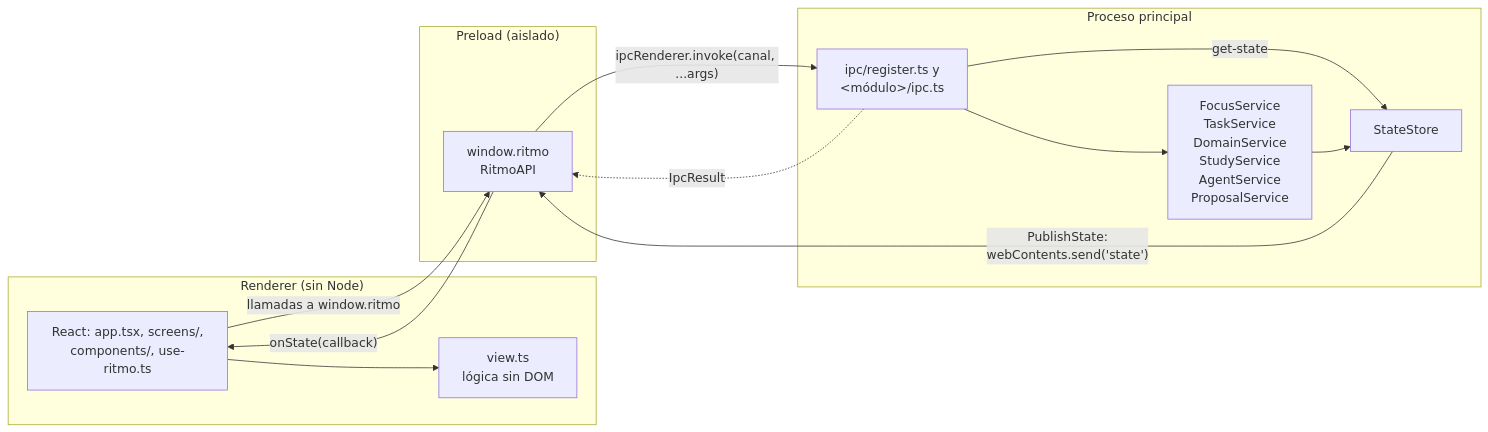
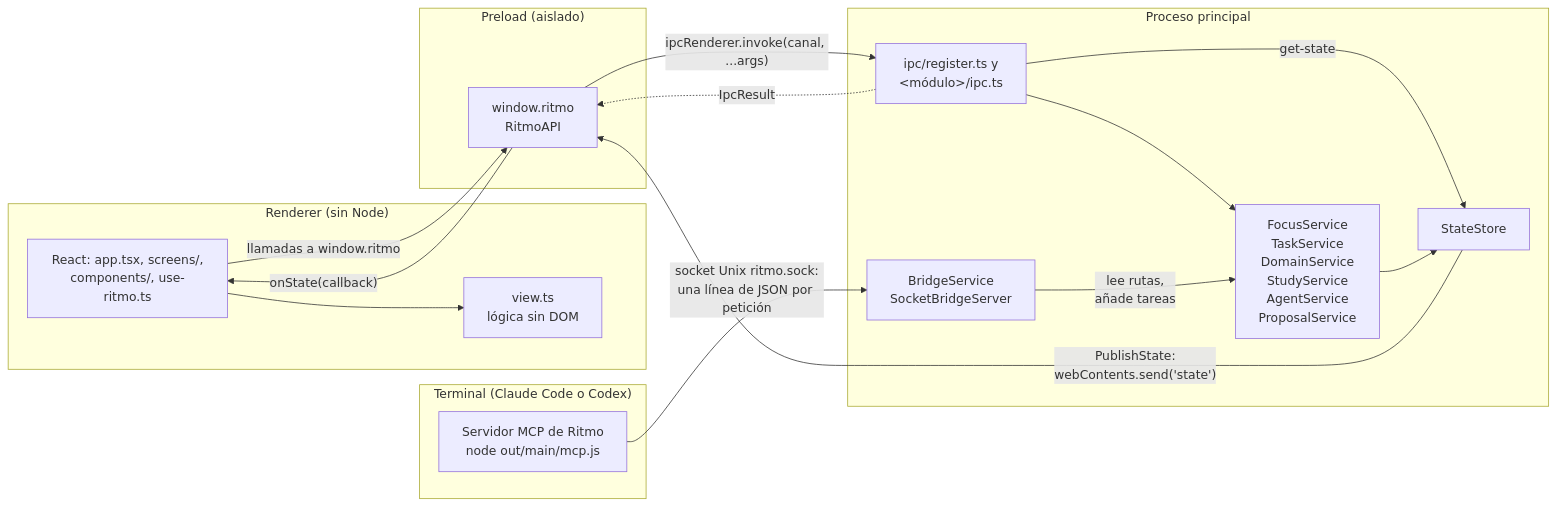
One commit to DevJuan95/ritmo changed the first of 13 diagrams in docs/arquitectura.md. Above: the diagram before and after it, drawn with Mermaid. The commit also changed other lines of this file and 36 other files, not shown here.

First line of the commit message:
Expone las rutas de estudio a Claude Code y Codex por MCP

````diff
--- a/docs/arquitectura.md
+++ b/docs/arquitectura.md
@@ -11,27 +11,34 @@
 ```mermaid
 flowchart LR
   subgraph renderer["Renderer (sin Node)"]
     ui["React: app.tsx, screens/,<br/>components/, use-ritmo.ts"]
     view["view.ts<br/>lógica sin DOM"]
     ui --> view
   end
 
   subgraph preload["Preload (aislado)"]
     api["window.ritmo<br/>RitmoAPI"]
   end
 
   subgraph main["Proceso principal"]
     ipc["ipc/register.ts y<br/>&lt;módulo&gt;/ipc.ts"]
     services["FocusService<br/>TaskService<br/>DomainService<br/>StudyService<br/>AgentService<br/>ProposalService"]
     store["StateStore"]
+    bridge["BridgeService<br/>SocketBridgeServer"]
     ipc --> services
     ipc -- "get-state" --> store
     services --> store
   end
+
+  subgraph terminal["Terminal (Claude Code o Codex)"]
+    mcp["Servidor MCP de Ritmo<br/>node out/main/mcp.js"]
+  end
+  mcp -- "socket Unix ritmo.sock:<br/>una línea de JSON por petición" --> bridge
+  bridge -- "lee rutas,<br/>añade tareas" --> services
 
   ui -- "llamadas a window.ritmo" --> api
   api -- "ipcRenderer.invoke(canal, ...args)" --> ipc
   ipc -. "IpcResult" .-> api
   store -- "PublishState:<br/>webContents.send('state')" --> api
   api -- "onState(callback)" --> ui
 ```
````
